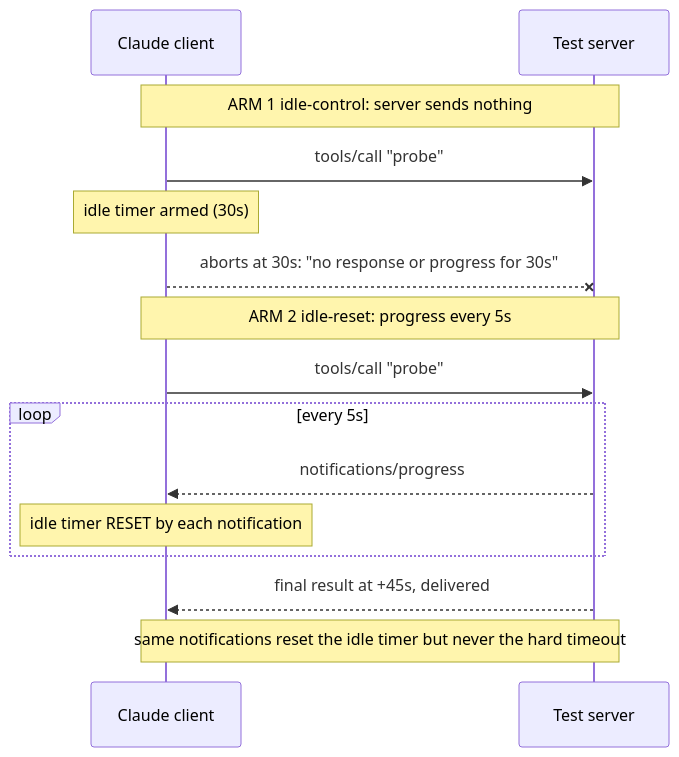
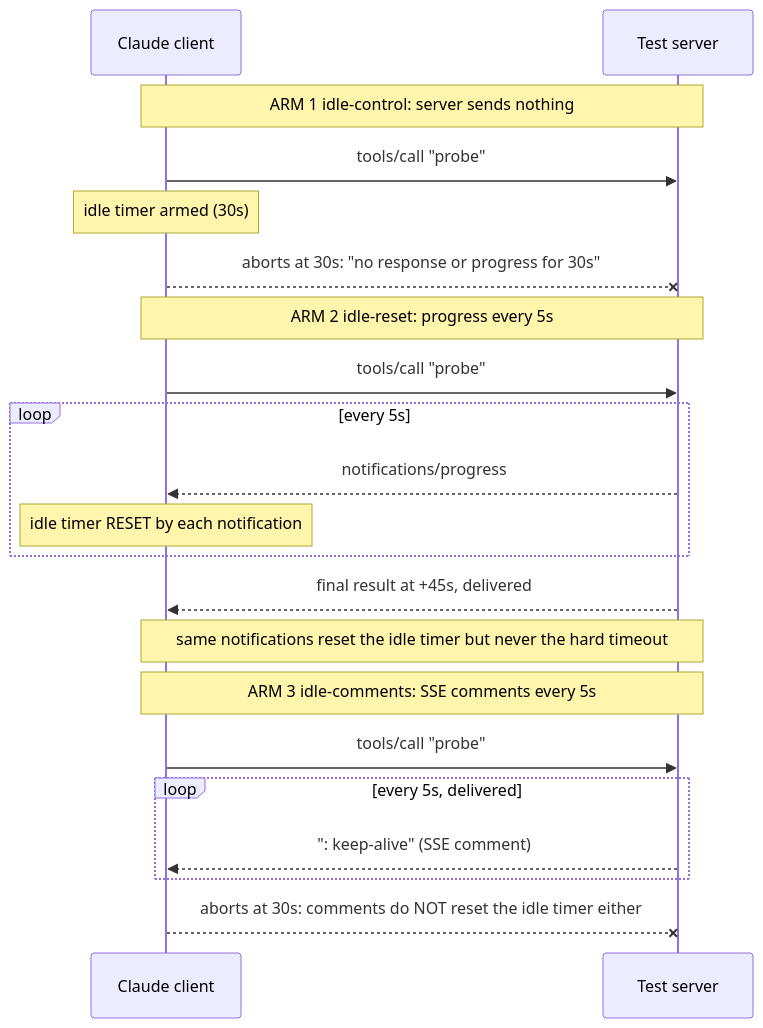
One commit to armalite/mcp-client-testbench changed the third of 6 diagrams in README.md. Above: the diagram before and after it, drawn with Mermaid. The commit also changed other lines of this file and 2 other files, not shown here.

Commit message:
Add 8th test case - to test idle-timer resets from SSE keep-alives

````diff
--- a/README.md
+++ b/README.md
@@ -89,17 +89,23 @@
 ```mermaid
 sequenceDiagram
     participant C as Claude client
     participant S as Test server
     Note over C,S: ARM 1 idle-control: server sends nothing
     C->>S: tools/call "probe"
     Note over C: idle timer armed (30s)
     C--xS: aborts at 30s: "no response or progress for 30s"
     Note over C,S: ARM 2 idle-reset: progress every 5s
     C->>S: tools/call "probe"
     loop every 5s
         S-->>C: notifications/progress
         Note over C: idle timer RESET by each notification
     end
     S-->>C: final result at +45s, delivered
     Note over C,S: same notifications reset the idle timer but never the hard timeout
+    Note over C,S: ARM 3 idle-comments: SSE comments every 5s
+    C->>S: tools/call "probe"
+    loop every 5s, delivered
+        S-->>C: ": keep-alive" (SSE comment)
+    end
+    C--xS: aborts at 30s: comments do NOT reset the idle timer either
 ```
````
